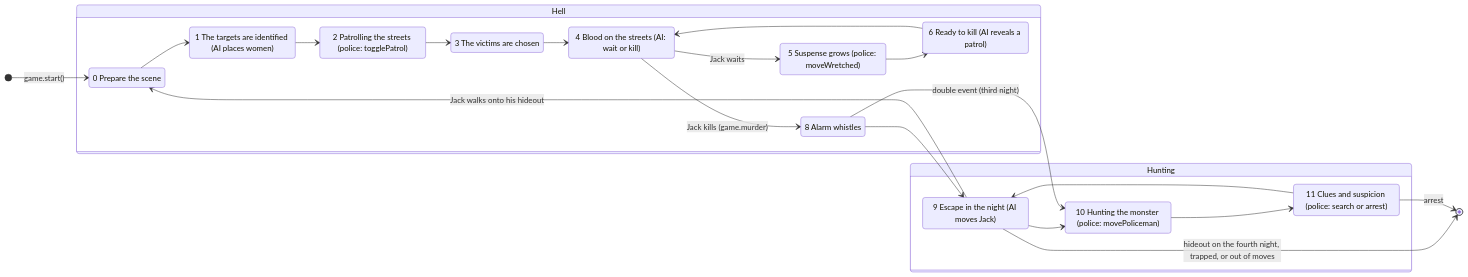
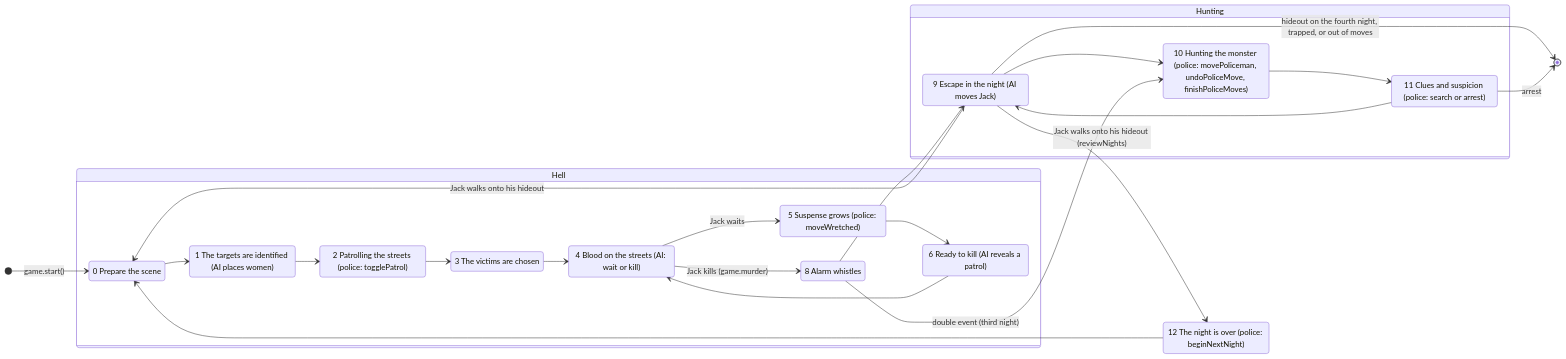
One commit to aceszhenwei/Letters-From-Whitechapel changed the second of 2 diagrams in docs/architecture.md. Above: the diagram before and after it, drawn with Mermaid. The commit also changed other lines of this file and 34 other files, not shown here.

First line of the commit message:
Detective quality of life: undo a policeman's move, review each night, see the women

````diff
--- a/docs/architecture.md
+++ b/docs/architecture.md
@@ -110,36 +118,39 @@
 ```mermaid
 stateDiagram-v2
     direction LR
     [*] --> Prepare: game.start()
     state "Hell" as hell {
         Prepare: 0 Prepare the scene
         Targets: 1 The targets are identified (AI places women)
         Patrol: 2 Patrolling the streets (police: togglePatrol)
         Victims: 3 The victims are chosen
         Blood: 4 Blood on the streets (AI: wait or kill)
         Suspense: 5 Suspense grows (police: moveWretched)
         Ready: 6 Ready to kill (AI reveals a patrol)
         Alarm: 8 Alarm whistles
         Prepare --> Targets
         Targets --> Patrol
         Patrol --> Victims
         Victims --> Blood
         Blood --> Suspense: Jack waits
         Suspense --> Ready
         Ready --> Blood
         Blood --> Alarm: Jack kills (game.murder)
     }
     state "Hunting" as hunting {
         Escape: 9 Escape in the night (AI moves Jack)
-        Hunt: 10 Hunting the monster (police: movePoliceman)
+        Hunt: 10 Hunting the monster (police: movePoliceman, undoPoliceMove, finishPoliceMoves)
         Clues: 11 Clues and suspicion (police: search or arrest)
         Escape --> Hunt
         Hunt --> Clues
         Clues --> Escape
     }
     Alarm --> Escape
     Alarm --> Hunt: double event (third night)
     Escape --> Prepare: Jack walks onto his hideout
+    Escape --> Over: Jack walks onto his hideout (reviewNights)
+    Over: 12 The night is over (police: beginNextNight)
+    Over --> Prepare
     Escape --> [*]: hideout on the fourth night, trapped, or out of moves
     Clues --> [*]: arrest
 ```
````
